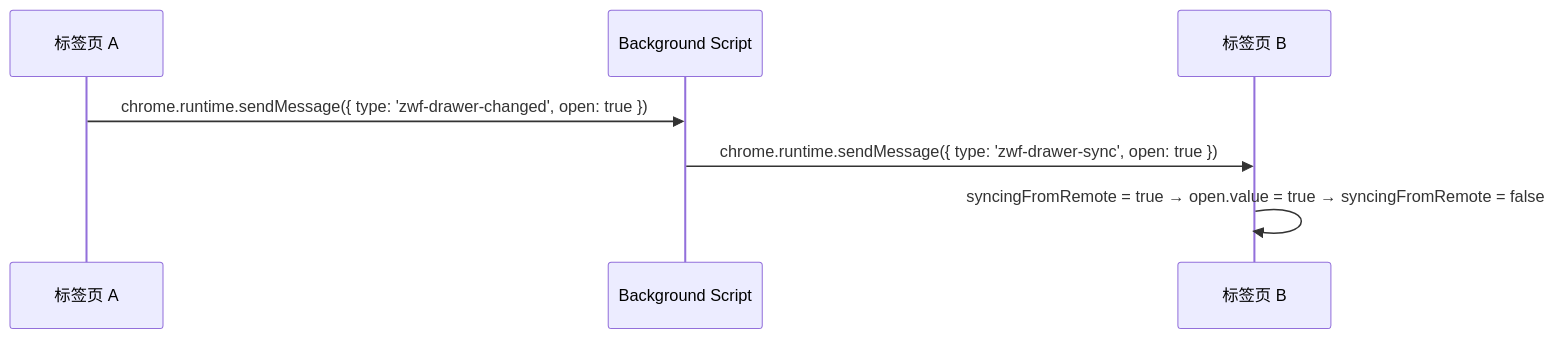
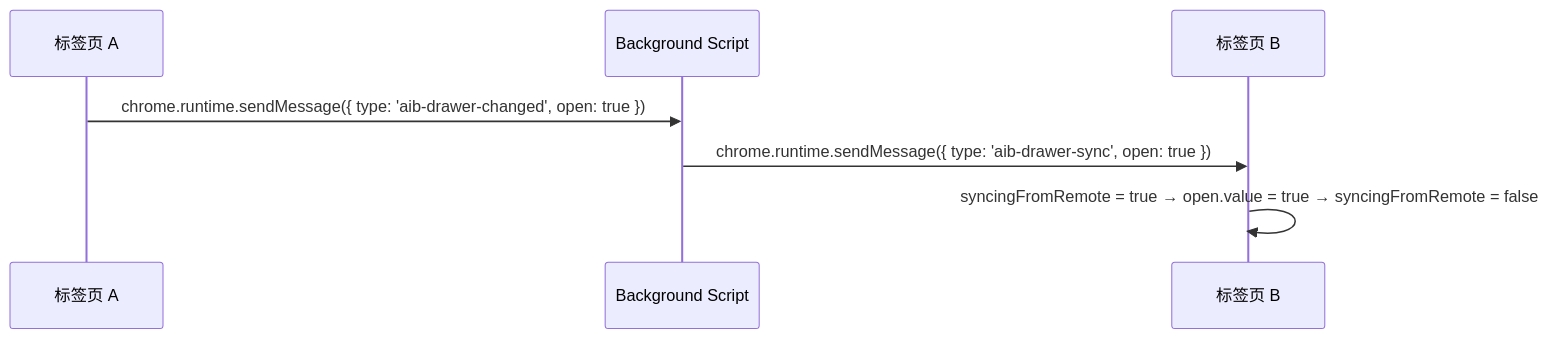
One commit to zw123zw/ai-browser changed the second of 5 diagrams in docs/architecture/content-script.md. Above: the diagram before and after it, drawn with Mermaid. The commit also changed other lines of this file and 35 other files, not shown here.

First line of the commit message:
refactor: 全局前缀 zwf- 统一改为 aib-

````diff
--- a/docs/architecture/content-script.md
+++ b/docs/architecture/content-script.md
@@ -108,10 +108,10 @@
 ```mermaid
 sequenceDiagram
     participant TabA as 标签页 A
     participant BG as Background Script
     participant TabB as 标签页 B
 
-    TabA->>BG: chrome.runtime.sendMessage({ type: 'zwf-drawer-changed', open: true })
-    BG->>TabB: chrome.runtime.sendMessage({ type: 'zwf-drawer-sync', open: true })
+    TabA->>BG: chrome.runtime.sendMessage({ type: 'aib-drawer-changed', open: true })
+    BG->>TabB: chrome.runtime.sendMessage({ type: 'aib-drawer-sync', open: true })
     TabB->>TabB: syncingFromRemote = true → open.value = true → syncingFromRemote = false
 ```
````
